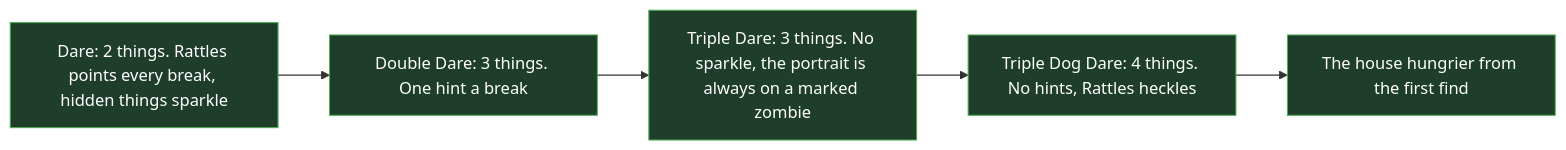
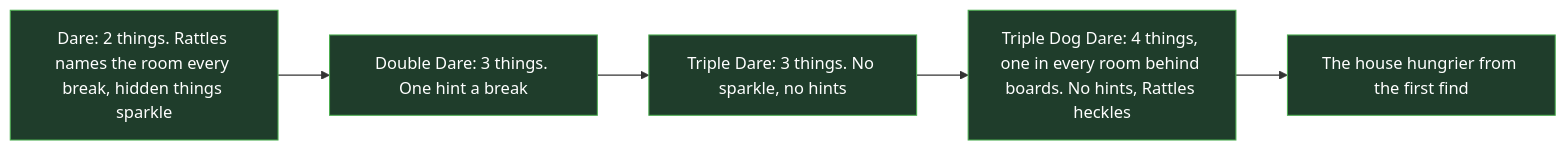
One commit to Tanner-Scadden/munch-manor changed the sixth of 7 diagrams in FLOW.md. Above: the diagram before and after it, drawn with Mermaid. The commit also changed other lines of this file and 42 other files, not shown here.

First line of the commit message:
feat: each room holds one thing on the dare's list

````diff
--- a/FLOW.md
+++ b/FLOW.md
@@ -206,9 +201,9 @@
 ```mermaid
 flowchart LR
-  easy[Dare: 2 things. Rattles points every break, hidden things sparkle]:::built --> normal[Double Dare: 3 things. One hint a break]:::built
-  normal --> hard[Triple Dare: 3 things. No sparkle, the portrait is always on a marked zombie]:::built
-  hard --> nightmare[Triple Dog Dare: 4 things. No hints, Rattles heckles]:::built
+  easy[Dare: 2 things. Rattles names the room every break, hidden things sparkle]:::built --> normal[Double Dare: 3 things. One hint a break]:::built
+  normal --> hard[Triple Dare: 3 things. No sparkle, no hints]:::built
+  hard --> nightmare[Triple Dog Dare: 4 things, one in every room behind boards. No hints, Rattles heckles]:::built
   nightmare --> hungrier[The house hungrier from the first find]:::built
 
   classDef built fill:#1f3d2b,stroke:#4caf50,color:#fff
 ```
````
